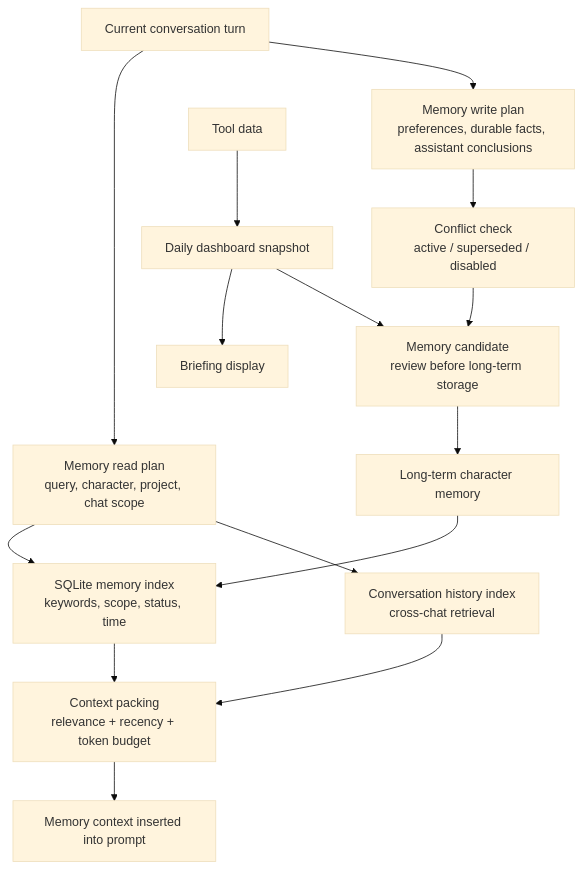
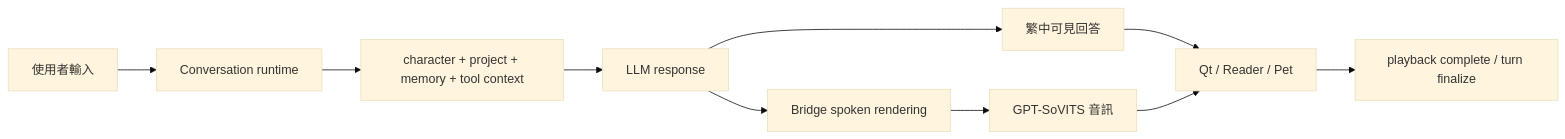
The second of 4 diagrams in README.md (lulu930128/desktop-agent-runtime), drawn with Mermaid (base theme) before and after one commit. The commit also changed other lines of this file and 57 other files, not shown here.

````diff
--- a/README.md
+++ b/README.md
@@ -363,19 +230,12 @@
 ```mermaid
-flowchart TD
-    Turn["Current conversation turn"] --> ReadPlan["Memory read plan<br/>query, character, project, chat scope"]
-    ReadPlan --> MemoryIndex["SQLite memory index<br/>keywords, scope, status, time"]
-    ReadPlan --> HistoryIndex["Conversation history index<br/>cross-chat retrieval"]
-    MemoryIndex --> Packing["Context packing<br/>relevance + recency + token budget"]
-    HistoryIndex --> Packing
-    Packing --> PromptContext["Memory context inserted into prompt"]
-
-    Turn --> WritePlan["Memory write plan<br/>preferences, durable facts, assistant conclusions"]
-    WritePlan --> ConflictCheck["Conflict check<br/>active / superseded / disabled"]
-    ConflictCheck --> Candidate["Memory candidate<br/>review before long-term storage"]
-    Candidate --> LongTerm["Long-term character memory"]
-    LongTerm --> MemoryIndex
-
-    ToolData["Tool data"] --> Snapshot["Daily dashboard snapshot"]
-    Snapshot --> Briefing["Briefing display"]
-    Snapshot --> Candidate
+flowchart LR
+    Input["使用者輸入"] --> Runtime["Conversation runtime"]
+    Runtime --> Prompt["character + project + memory + tool context"]
+    Prompt --> Model["LLM response"]
+    Model --> Visible["繁中可見回答"]
+    Model --> Spoken["Bridge spoken rendering"]
+    Spoken --> TTS["GPT-SoVITS 音訊"]
+    Visible --> Client["Qt / Reader / Pet"]
+    TTS --> Client
+    Client --> Complete["playback complete / turn finalize"]
 ```
````
